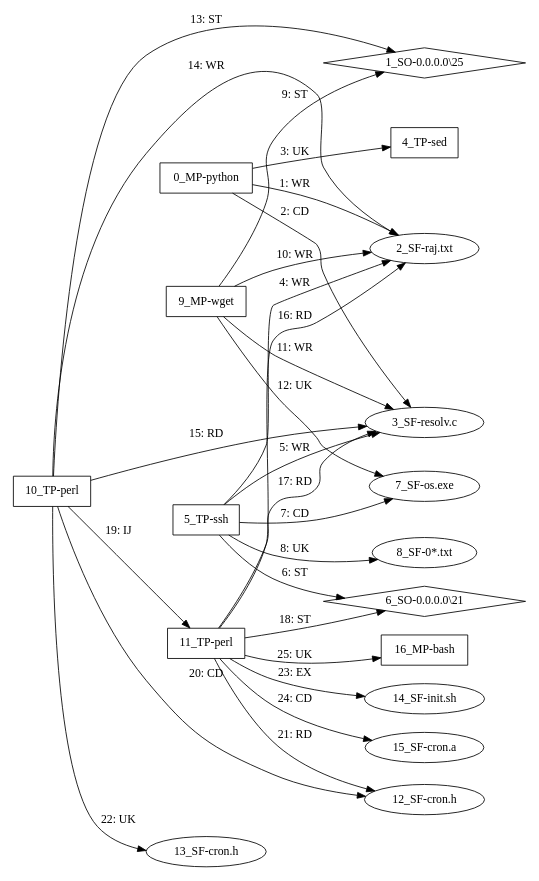
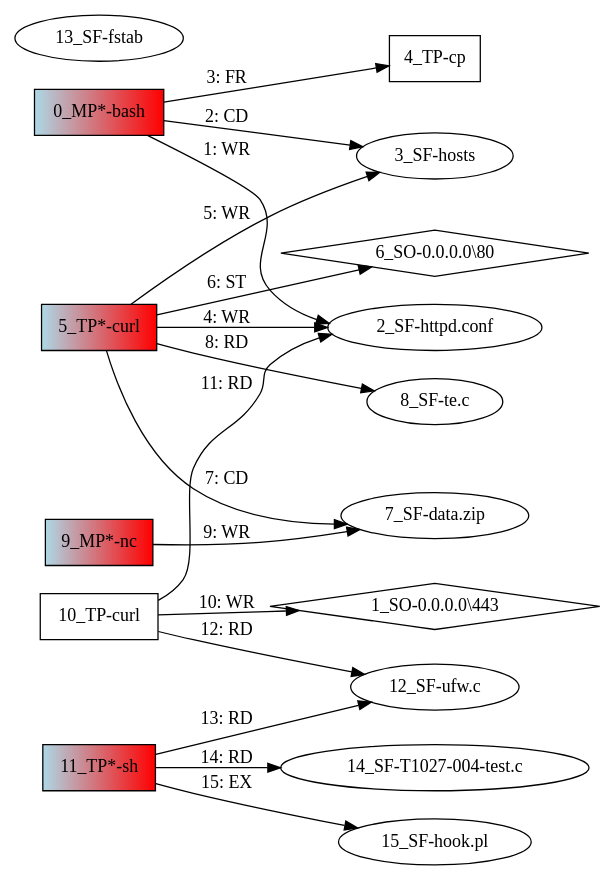
The diagram in TAGAPT_generated_samples/result-visualization/3.dot (davit0308/DACN), drawn with Graphviz before and after one commit. The commit also changed 8 other files, not shown here.

Commit message:
feat: add flow analysis scripts and visualization utilities for TAGAPT data processing

```diff
--- a/TAGAPT_generated_samples/result-visualization/3.dot
+++ b/TAGAPT_generated_samples/result-visualization/3.dot
@@ -1,44 +1,33 @@
 digraph "/kaggle/working/TAGAPT_Run/result-visualization/3.dot" {
-rankdir="LR"size="9"fixedsize="false"splines="true"nodesep=0.3ranksep=0fontsize=10overlap="scalexy"engine= "neato"	"0_MP-python" [shape=rectangle]
-	"1_SO-0.0.0.0\\25" [shape=diamond]
-	"2_SF-raj.txt" [shape=ellipse]
-	"3_SF-resolv.c" [shape=ellipse]
-	"4_TP-sed" [shape=rectangle]
-	"5_TP-ssh" [shape=rectangle]
-	"6_SO-0.0.0.0\\21" [shape=diamond]
-	"7_SF-os.exe" [shape=ellipse]
-	"8_SF-0*.txt" [shape=ellipse]
-	"9_MP-wget" [shape=rectangle]
-	"10_TP-perl" [shape=rectangle]
-	"11_TP-perl" [shape=rectangle]
-	"12_SF-cron.h" [shape=ellipse]
-	"13_SF-cron.h" [shape=ellipse]
-	"14_SF-init.sh" [shape=ellipse]
-	"15_SF-cron.a" [shape=ellipse]
-	"16_MP-bash" [shape=rectangle]
-	"0_MP-python" -> "2_SF-raj.txt" [label="1: WR"]
-	"0_MP-python" -> "3_SF-resolv.c" [label="2: CD"]
-	"0_MP-python" -> "4_TP-sed" [label="3: UK"]
-	"5_TP-ssh" -> "2_SF-raj.txt" [label="4: WR"]
-	"5_TP-ssh" -> "3_SF-resolv.c" [label="5: WR"]
-	"5_TP-ssh" -> "6_SO-0.0.0.0\\21" [label="6: ST"]
-	"5_TP-ssh" -> "7_SF-os.exe" [label="7: CD"]
-	"5_TP-ssh" -> "8_SF-0*.txt" [label="8: UK"]
-	"9_MP-wget" -> "1_SO-0.0.0.0\\25" [label="9: ST"]
-	"9_MP-wget" -> "2_SF-raj.txt" [label="10: WR"]
-	"9_MP-wget" -> "3_SF-resolv.c" [label="11: WR"]
-	"9_MP-wget" -> "7_SF-os.exe" [label="12: UK"]
-	"10_TP-perl" -> "1_SO-0.0.0.0\\25" [label="13: ST"]
-	"10_TP-perl" -> "2_SF-raj.txt" [label="14: WR"]
-	"10_TP-perl" -> "3_SF-resolv.c" [label="15: RD"]
-	"11_TP-perl" -> "2_SF-raj.txt" [label="16: RD"]
-	"11_TP-perl" -> "3_SF-resolv.c" [label="17: RD"]
-	"11_TP-perl" -> "6_SO-0.0.0.0\\21" [label="18: ST"]
-	"10_TP-perl" -> "11_TP-perl" [label="19: IJ"]
-	"10_TP-perl" -> "12_SF-cron.h" [label="20: CD"]
-	"11_TP-perl" -> "12_SF-cron.h" [label="21: RD"]
-	"10_TP-perl" -> "13_SF-cron.h" [label="22: UK"]
-	"11_TP-perl" -> "14_SF-init.sh" [label="23: EX"]
-	"11_TP-perl" -> "15_SF-cron.a" [label="24: CD"]
-	"11_TP-perl" -> "16_MP-bash" [label="25: UK"]
+rankdir="LR"size="9"fixedsize="false"splines="true"nodesep=0.3ranksep=0fontsize=10overlap="scalexy"engine= "neato"	"0_MP*-bash" [fillcolor="lightblue:red" shape=rectangle style=filled]
+	"1_SO-0.0.0.0\\443" [shape=diamond]
+	"2_SF-httpd.conf" [shape=ellipse]
+	"3_SF-hosts" [shape=ellipse]
+	"4_TP-cp" [shape=rectangle]
+	"5_TP*-curl" [fillcolor="lightblue:red" shape=rectangle style=filled]
+	"6_SO-0.0.0.0\\80" [shape=diamond]
+	"7_SF-data.zip" [shape=ellipse]
+	"8_SF-te.c" [shape=ellipse]
+	"9_MP*-nc" [fillcolor="lightblue:red" shape=rectangle style=filled]
+	"10_TP-curl" [shape=rectangle]
+	"11_TP*-sh" [fillcolor="lightblue:red" shape=rectangle style=filled]
+	"12_SF-ufw.c" [shape=ellipse]
+	"13_SF-fstab" [shape=ellipse]
+	"14_SF-T1027-004-test.c" [shape=ellipse]
+	"15_SF-hook.pl" [shape=ellipse]
+	"0_MP*-bash" -> "2_SF-httpd.conf" [label="1: WR"]
+	"0_MP*-bash" -> "3_SF-hosts" [label="2: CD"]
+	"0_MP*-bash" -> "4_TP-cp" [label="3: FR"]
+	"5_TP*-curl" -> "2_SF-httpd.conf" [label="4: WR"]
+	"5_TP*-curl" -> "3_SF-hosts" [label="5: WR"]
+	"5_TP*-curl" -> "6_SO-0.0.0.0\\80" [label="6: ST"]
+	"5_TP*-curl" -> "7_SF-data.zip" [label="7: CD"]
+	"5_TP*-curl" -> "8_SF-te.c" [label="8: RD"]
+	"9_MP*-nc" -> "7_SF-data.zip" [label="9: WR"]
+	"10_TP-curl" -> "1_SO-0.0.0.0\\443" [label="10: WR"]
+	"10_TP-curl" -> "2_SF-httpd.conf" [label="11: RD"]
+	"10_TP-curl" -> "12_SF-ufw.c" [label="12: RD"]
+	"11_TP*-sh" -> "12_SF-ufw.c" [label="13: RD"]
+	"11_TP*-sh" -> "14_SF-T1027-004-test.c" [label="14: RD"]
+	"11_TP*-sh" -> "15_SF-hook.pl" [label="15: EX"]
 }
```
